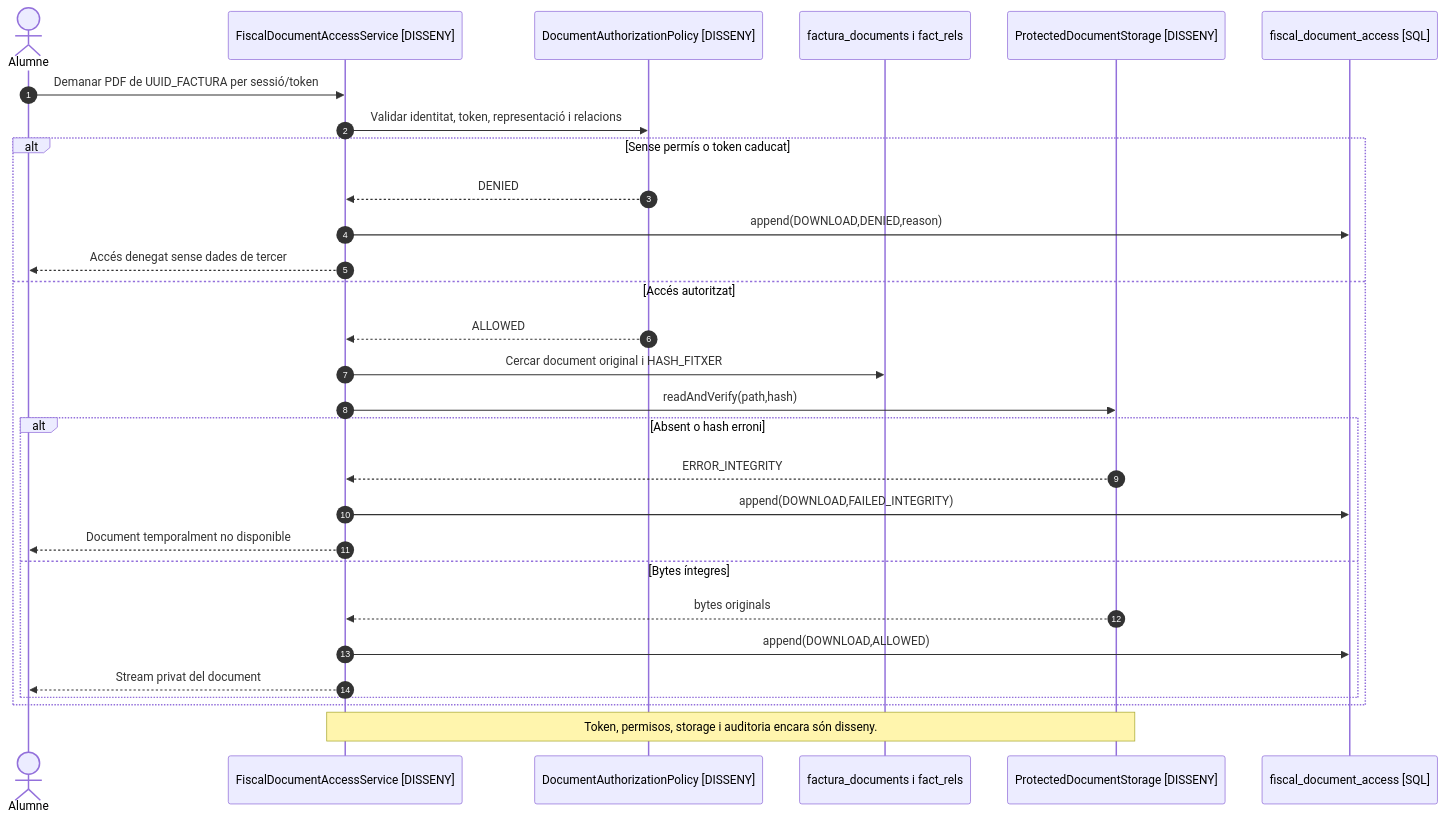
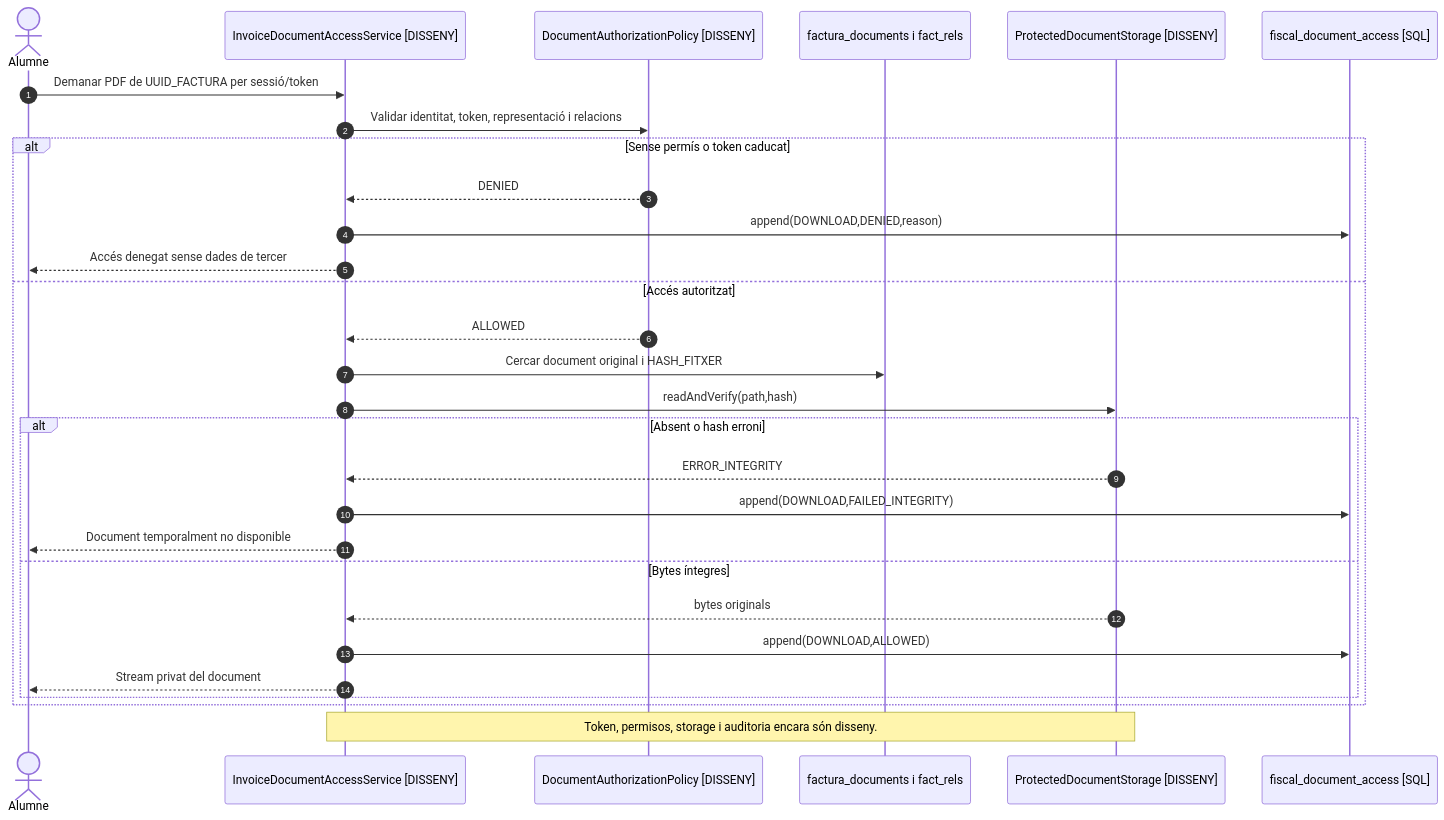
One commit to orgmeriemprismacat-del/verifactu changed the third of 7 diagrams in documentacio/07-uml-integrat/uc-080-servir-registrar-acces-document-fiscal.md. Above: the diagram before and after it, drawn with Mermaid. The commit also changed other lines of this file, not shown here.

Commit message:
docs(uml): UC-80 separa llistat autoritzat i descàrrega amb bytes íntegres i grant vigent

````diff
--- a/documentacio/07-uml-integrat/uc-080-servir-registrar-acces-document-fiscal.md
+++ b/documentacio/07-uml-integrat/uc-080-servir-registrar-acces-document-fiscal.md
@@ -109,31 +110,31 @@
 ```mermaid
 sequenceDiagram
 autonumber
 actor A as Alumne
-participant S as FiscalDocumentAccessService [DISSENY]
+participant S as InvoiceDocumentAccessService [DISSENY]
 participant P as DocumentAuthorizationPolicy [DISSENY]
 participant DB as factura_documents i fact_rels
 participant F as ProtectedDocumentStorage [DISSENY]
 participant Log as fiscal_document_access [SQL]
 A->>S: Demanar PDF de UUID_FACTURA per sessió/token
 S->>P: Validar identitat, token, representació i relacions
 alt Sense permís o token caducat
  P-->>S: DENIED
  S->>Log: append(DOWNLOAD,DENIED,reason)
  S-->>A: Accés denegat sense dades de tercer
 else Accés autoritzat
  P-->>S: ALLOWED
  S->>DB: Cercar document original i HASH_FITXER
  S->>F: readAndVerify(path,hash)
  alt Absent o hash erroni
   F-->>S: ERROR_INTEGRITY
   S->>Log: append(DOWNLOAD,FAILED_INTEGRITY)
   S-->>A: Document temporalment no disponible
  else Bytes íntegres
   F-->>S: bytes originals
   S->>Log: append(DOWNLOAD,ALLOWED)
   S-->>A: Stream privat del document
  end
 end
 Note over S,F: Token, permisos, storage i auditoria encara són disseny.
 ```
````
